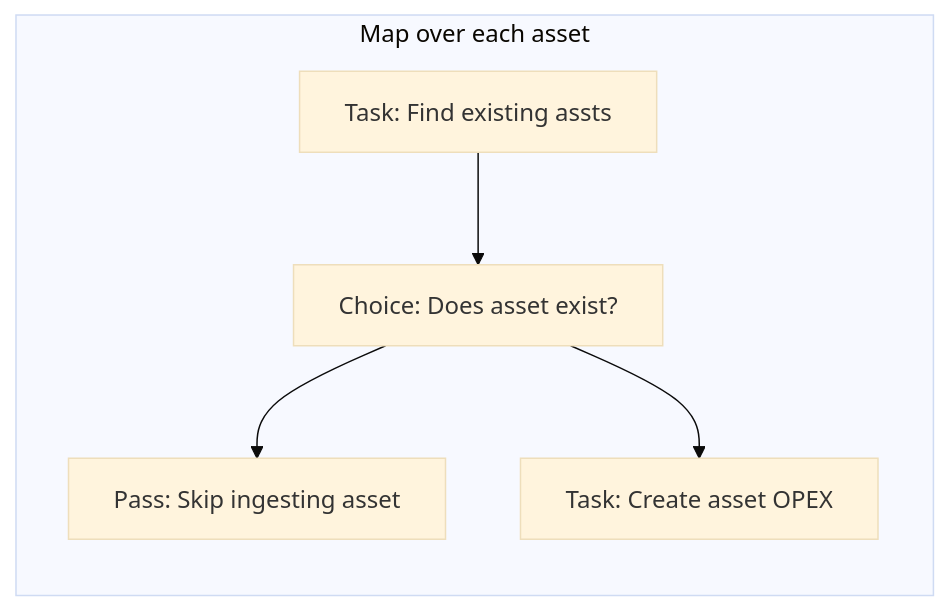
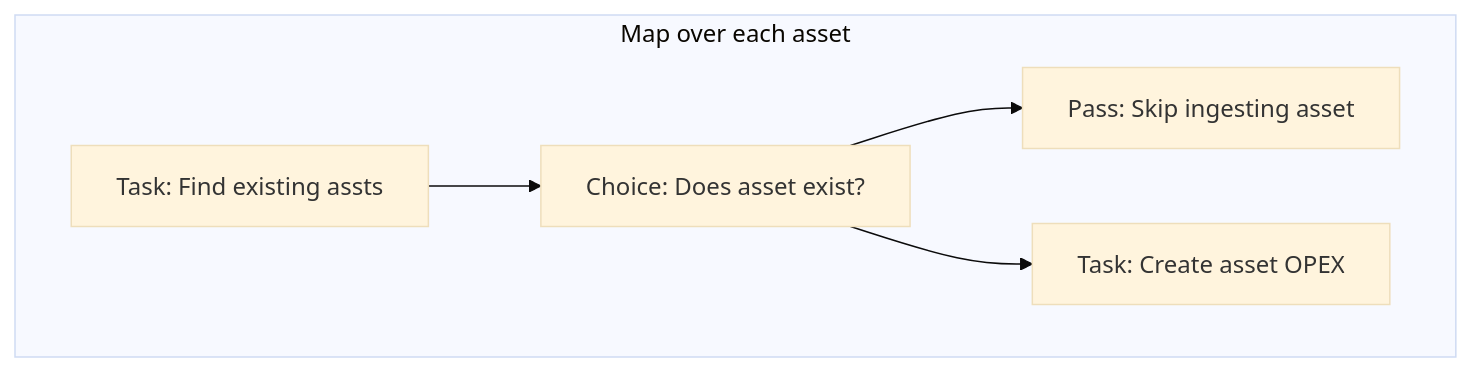
Before and after one commit to nationalarchives/dr2-ingest: the second of 2 diagrams in docs/ingest.md, drawn with Mermaid (base theme). The commit also changed other lines of this file, not shown here.

````diff
--- a/docs/ingest.md
+++ b/docs/ingest.md
@@ -75,9 +74,9 @@
 ```mermaid
-flowchart LR;
+flowchart TB;
     subgraph Map over each asset
         1[Task: Find existing assts] --> 2
         2[Choice: Does asset exist?] --> 3
         3[Pass: Skip ingesting asset]
         2 --> 4[Task: Create asset OPEX]
     end
 ```
````
